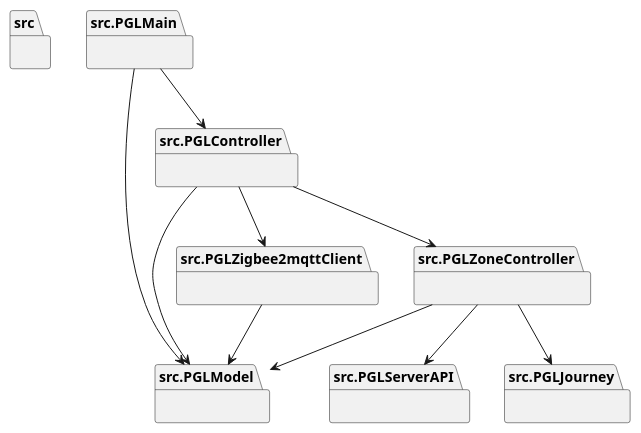
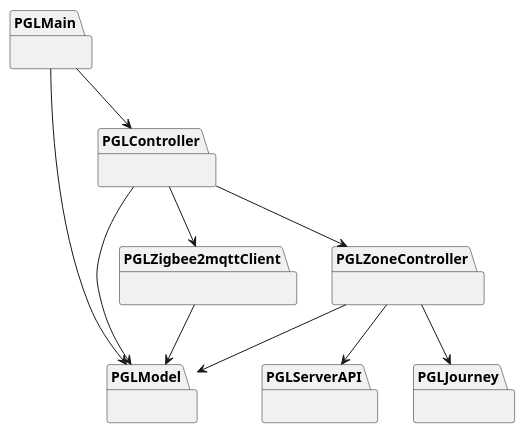
One commit to BusterSalomon/PGL changed the diagram in UML_Diagrams/packages.puml. Above: the diagram before and after it, drawn with PlantUML. The commit also changed 2 other files, not shown here.

Commit message:
created UML diagram

```diff
--- a/UML_Diagrams/packages.puml
+++ b/UML_Diagrams/packages.puml
@@ -1,28 +1,26 @@
 @startuml packages
 set namespaceSeparator none
-package "src" as src {
+package "PGLController" as PGLController {
 }
-package "src.PGLController" as src.PGLController {
+package "PGLJourney" as PGLJourney {
 }
-package "src.PGLJourney" as src.PGLJourney {
+package "PGLMain" as PGLMain {
 }
-package "src.PGLMain" as src.PGLMain {
+package "PGLModel" as PGLModel {
 }
-package "src.PGLModel" as src.PGLModel {
+package "PGLServerAPI" as PGLServerAPI {
 }
-package "src.PGLServerAPI" as src.PGLServerAPI {
+package "PGLZigbee2mqttClient" as PGLZigbee2mqttClient {
 }
-package "src.PGLZigbee2mqttClient" as src.PGLZigbee2mqttClient {
+package "PGLZoneController" as PGLZoneController {
 }
-package "src.PGLZoneController" as src.PGLZoneController {
-}
-src.PGLController --> src.PGLModel
-src.PGLController --> src.PGLZigbee2mqttClient
-src.PGLController --> src.PGLZoneController
-src.PGLMain --> src.PGLController
-src.PGLMain --> src.PGLModel
-src.PGLZigbee2mqttClient --> src.PGLModel
-src.PGLZoneController --> src.PGLJourney
-src.PGLZoneController --> src.PGLModel
-src.PGLZoneController --> src.PGLServerAPI
+PGLController --> PGLModel
+PGLController --> PGLZigbee2mqttClient
+PGLController --> PGLZoneController
+PGLMain --> PGLController
+PGLMain --> PGLModel
+PGLZigbee2mqttClient --> PGLModel
+PGLZoneController --> PGLJourney
+PGLZoneController --> PGLModel
+PGLZoneController --> PGLServerAPI
 @enduml
```
